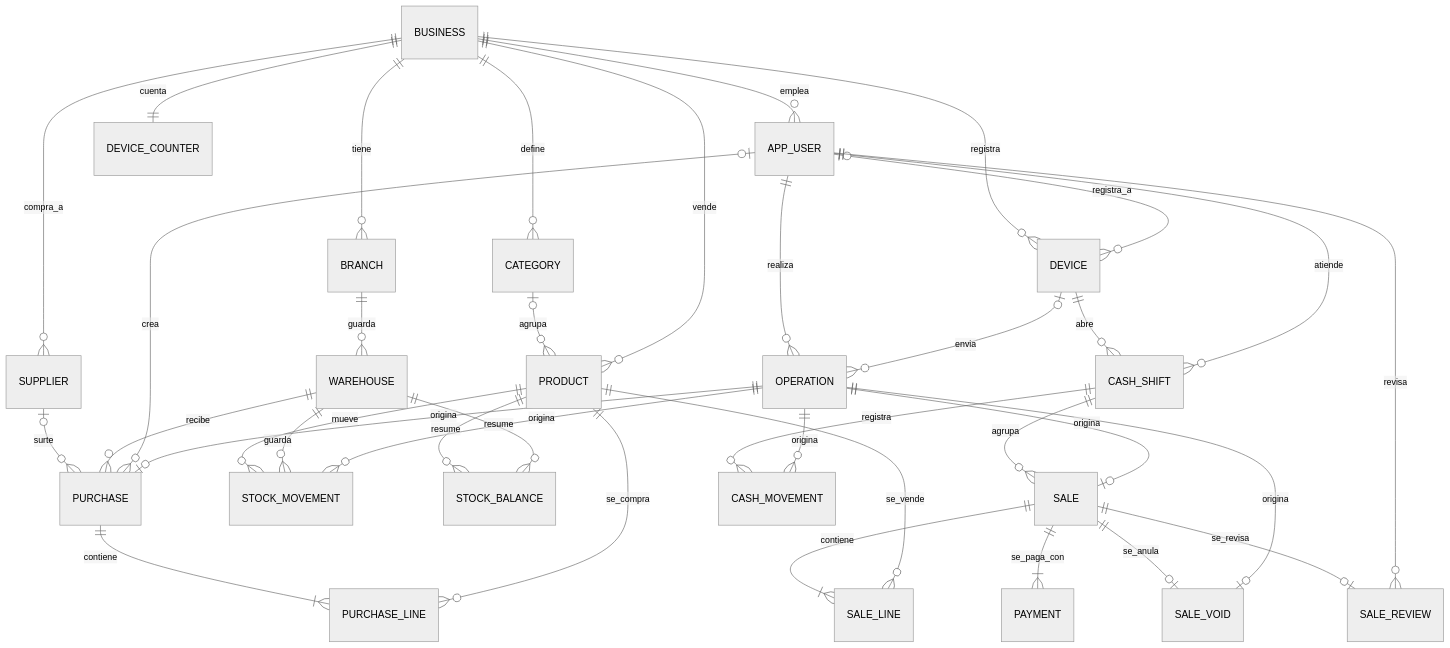
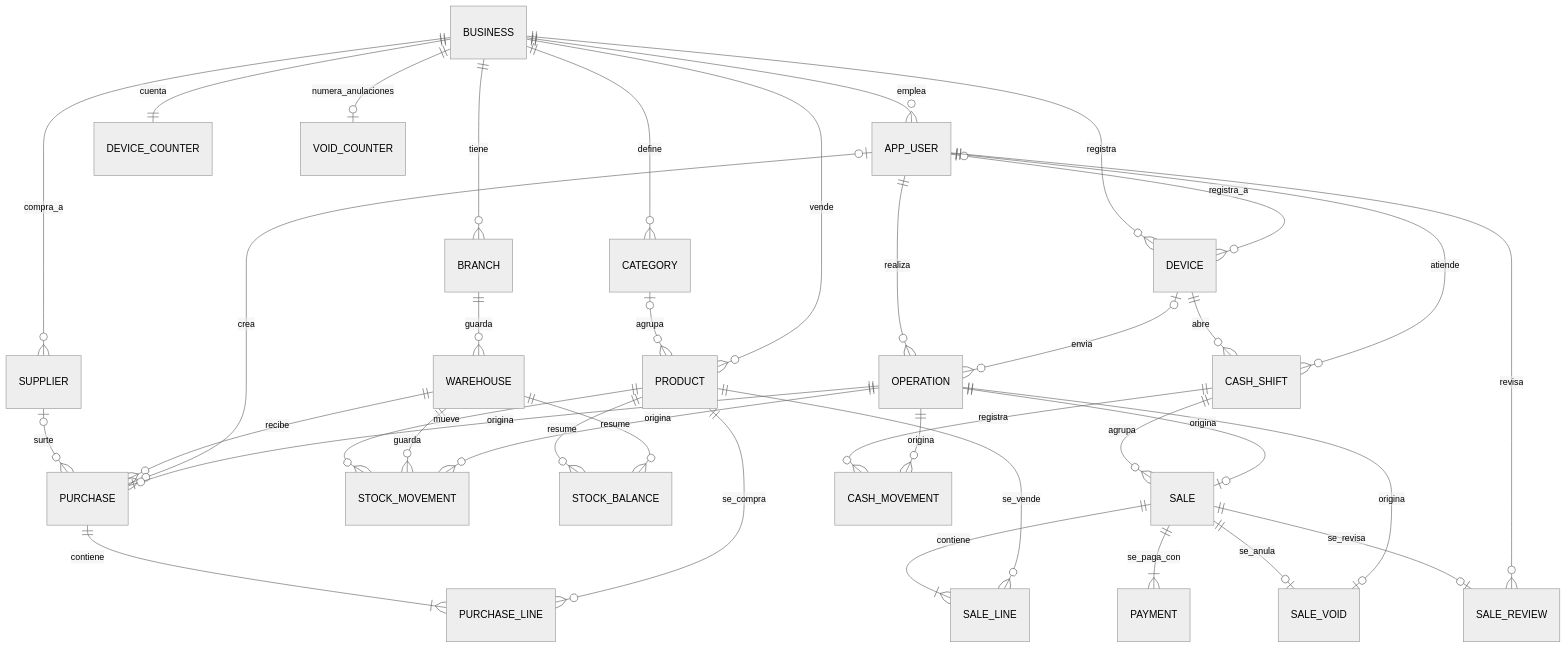
The diagram in docs/dominio/modelo-de-datos.md (diegoandresvillarrealcastillo-maker/vsd-stock-backend), drawn with Mermaid (neutral theme) before and after one commit. The commit also changed other lines of this file and 21 other files, not shown here.

````diff
--- a/docs/dominio/modelo-de-datos.md
+++ b/docs/dominio/modelo-de-datos.md
@@ -33,39 +33,40 @@
 ```mermaid
 erDiagram
   BUSINESS ||--o{ BRANCH : tiene
   BUSINESS ||--o{ APP_USER : emplea
   BUSINESS ||--o{ DEVICE : registra
   BUSINESS ||--|| DEVICE_COUNTER : cuenta
   BRANCH ||--o{ WAREHOUSE : guarda
   BUSINESS ||--o{ CATEGORY : define
   CATEGORY |o--o{ PRODUCT : agrupa
   BUSINESS ||--o{ PRODUCT : vende
   BUSINESS ||--o{ SUPPLIER : compra_a
   SUPPLIER |o--o{ PURCHASE : surte
   WAREHOUSE ||--o{ PURCHASE : recibe
   PURCHASE ||--|{ PURCHASE_LINE : contiene
   PRODUCT ||--o{ PURCHASE_LINE : se_compra
   PRODUCT ||--o{ STOCK_MOVEMENT : mueve
   WAREHOUSE ||--o{ STOCK_MOVEMENT : guarda
   PRODUCT ||--o{ STOCK_BALANCE : resume
   WAREHOUSE ||--o{ STOCK_BALANCE : resume
   DEVICE ||--o{ CASH_SHIFT : abre
   APP_USER ||--o{ CASH_SHIFT : atiende
   APP_USER |o--o{ DEVICE : registra_a
   APP_USER ||--o{ OPERATION : realiza
   DEVICE |o--o{ OPERATION : envia
   APP_USER |o--o{ PURCHASE : crea
   CASH_SHIFT ||--o{ SALE : agrupa
   SALE ||--|{ SALE_LINE : contiene
   PRODUCT ||--o{ SALE_LINE : se_vende
   SALE ||--|{ PAYMENT : se_paga_con
   SALE ||--o| SALE_VOID : se_anula
+  BUSINESS ||--o| VOID_COUNTER : numera_anulaciones
   SALE ||--o| SALE_REVIEW : se_revisa
   APP_USER ||--o{ SALE_REVIEW : revisa
   CASH_SHIFT ||--o{ CASH_MOVEMENT : registra
   OPERATION ||--o| SALE : origina
   OPERATION ||--o| SALE_VOID : origina
   OPERATION ||--o| PURCHASE : origina
   OPERATION ||--o{ STOCK_MOVEMENT : origina
   OPERATION ||--o{ CASH_MOVEMENT : origina
 ```
````
